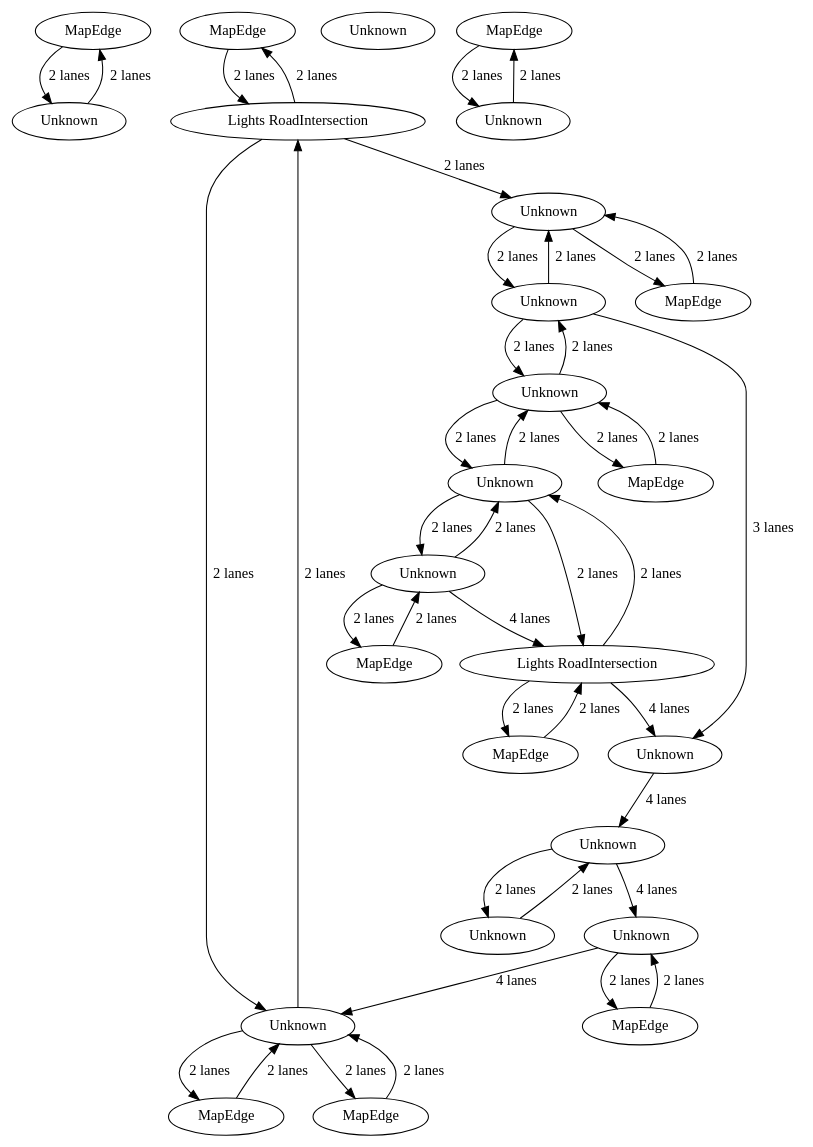
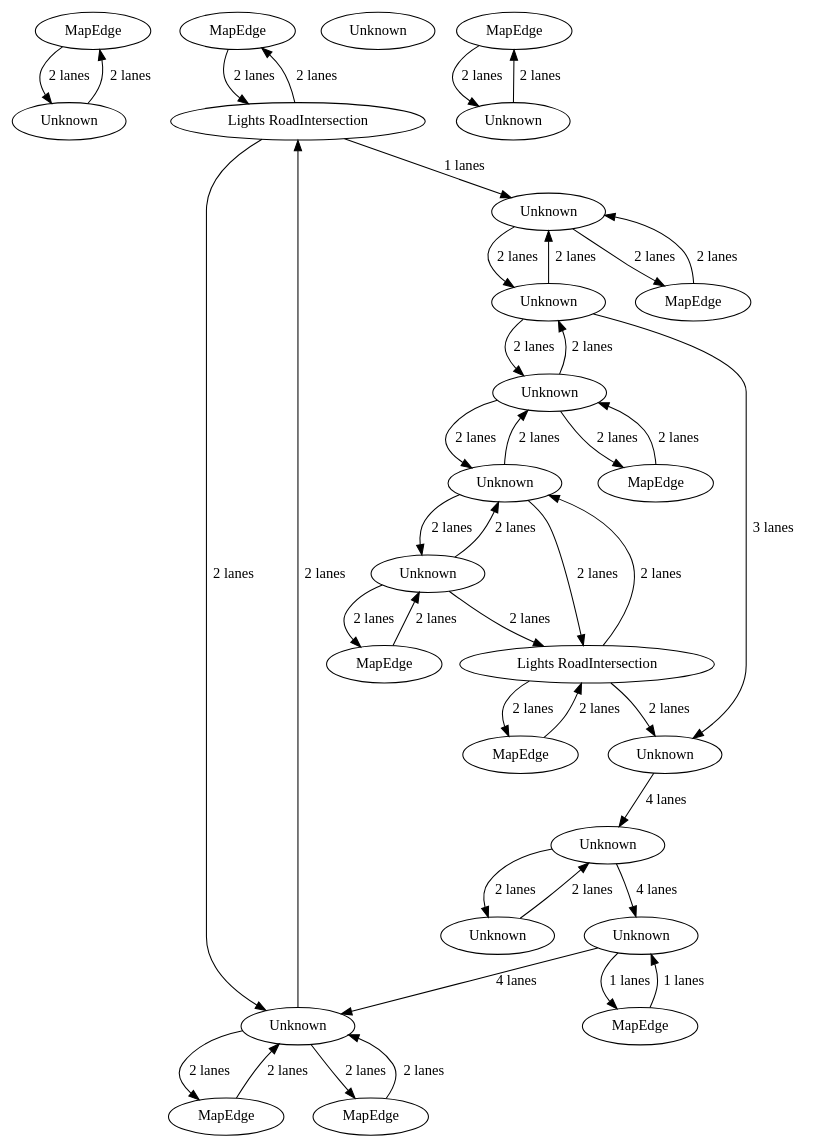
Before and after one commit to a-b-street/osm2streets: the diagram in src/bristol_contraflow_cycleway/road_network.dot, drawn with Graphviz. The commit also changed 13 other files, not shown here.

```diff
--- a/src/bristol_contraflow_cycleway/road_network.dot
+++ b/src/bristol_contraflow_cycleway/road_network.dot
@@ -1,68 +1,68 @@
 digraph {
     0 [ label = "MapEdge" ]
     1 [ label = "MapEdge" ]
     2 [ label = "Unknown" ]
     3 [ label = "MapEdge" ]
     4 [ label = "Unknown" ]
     5 [ label = "Unknown" ]
     6 [ label = "Unknown" ]
     7 [ label = "MapEdge" ]
     8 [ label = "Unknown" ]
     9 [ label = "MapEdge" ]
     10 [ label = "Unknown" ]
     11 [ label = "Unknown" ]
     12 [ label = "MapEdge" ]
     13 [ label = "Unknown" ]
     14 [ label = "MapEdge" ]
     15 [ label = "Unknown" ]
     16 [ label = "Unknown" ]
     17 [ label = "MapEdge" ]
     18 [ label = "MapEdge" ]
     19 [ label = "Unknown" ]
     20 [ label = "Unknown" ]
     21 [ label = "Lights RoadIntersection" ]
     22 [ label = "Unknown" ]
     23 [ label = "MapEdge" ]
     24 [ label = "Lights RoadIntersection" ]
     1 -> 24 [ label = "2 lanes" ]
     24 -> 1 [ label = "2 lanes" ]
     24 -> 2 [ label = "2 lanes" ]
     2 -> 24 [ label = "2 lanes" ]
     2 -> 17 [ label = "2 lanes" ]
     17 -> 2 [ label = "2 lanes" ]
     10 -> 20 [ label = "2 lanes" ]
     20 -> 10 [ label = "2 lanes" ]
     20 -> 23 [ label = "2 lanes" ]
     23 -> 20 [ label = "2 lanes" ]
     5 -> 8 [ label = "2 lanes" ]
     8 -> 5 [ label = "2 lanes" ]
     8 -> 16 [ label = "2 lanes" ]
     16 -> 8 [ label = "2 lanes" ]
     16 -> 9 [ label = "2 lanes" ]
     9 -> 16 [ label = "2 lanes" ]
     7 -> 21 [ label = "2 lanes" ]
     21 -> 7 [ label = "2 lanes" ]
     10 -> 5 [ label = "2 lanes" ]
     5 -> 10 [ label = "2 lanes" ]
     21 -> 10 [ label = "2 lanes" ]
     10 -> 21 [ label = "2 lanes" ]
     11 -> 0 [ label = "2 lanes" ]
     0 -> 11 [ label = "2 lanes" ]
-    6 -> 14 [ label = "2 lanes" ]
-    14 -> 6 [ label = "2 lanes" ]
+    6 -> 14 [ label = "1 lanes" ]
+    14 -> 6 [ label = "1 lanes" ]
     13 -> 15 [ label = "2 lanes" ]
     15 -> 13 [ label = "2 lanes" ]
     8 -> 22 [ label = "3 lanes" ]
     5 -> 12 [ label = "2 lanes" ]
     12 -> 5 [ label = "2 lanes" ]
     19 -> 18 [ label = "2 lanes" ]
     18 -> 19 [ label = "2 lanes" ]
-    20 -> 21 [ label = "4 lanes" ]
-    21 -> 22 [ label = "4 lanes" ]
+    20 -> 21 [ label = "2 lanes" ]
+    21 -> 22 [ label = "2 lanes" ]
     6 -> 2 [ label = "4 lanes" ]
     15 -> 6 [ label = "4 lanes" ]
     22 -> 15 [ label = "4 lanes" ]
-    24 -> 16 [ label = "2 lanes" ]
+    24 -> 16 [ label = "1 lanes" ]
     2 -> 3 [ label = "2 lanes" ]
     3 -> 2 [ label = "2 lanes" ]
 }
```
